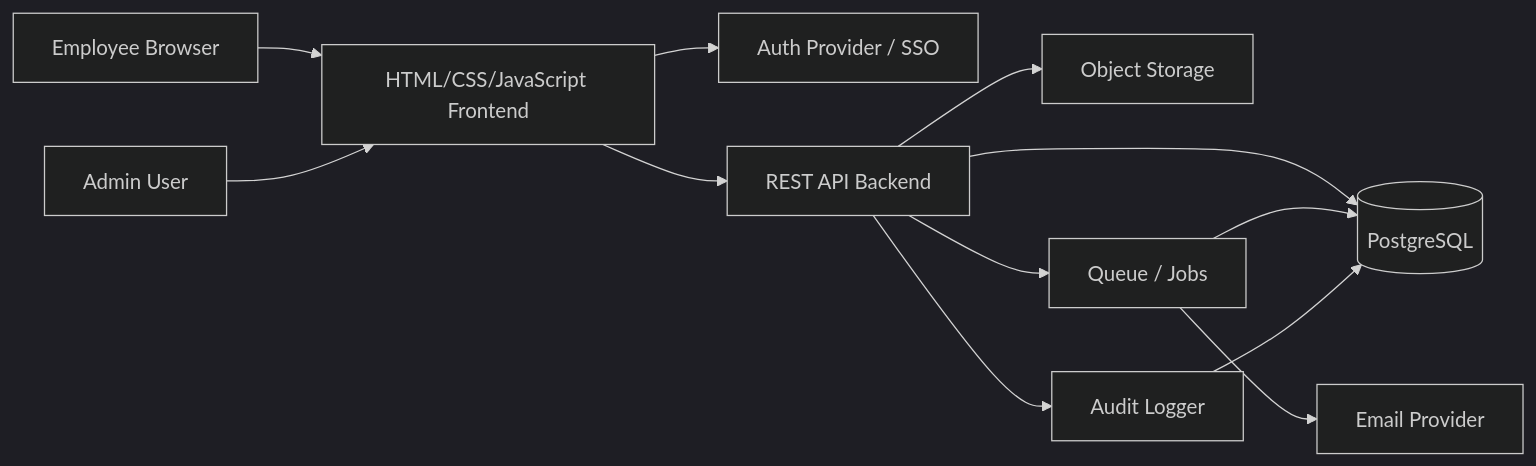
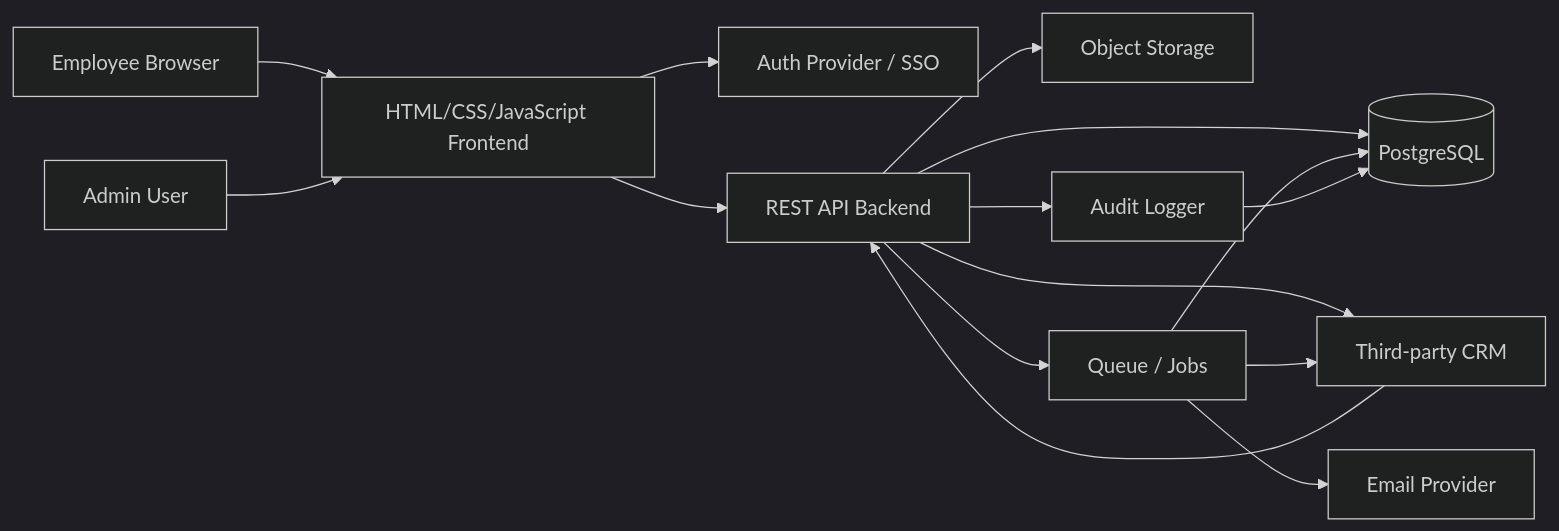
One commit to NBK-1411/kh3-dashboard changed the first of 2 diagrams in docs/03-architecture.md. Above: the diagram before and after it, drawn with Mermaid (dark theme). The commit also changed other lines of this file and 30 other files, not shown here.

````diff
--- a/docs/03-architecture.md
+++ b/docs/03-architecture.md
@@ -24,14 +25,17 @@
 ```mermaid
 flowchart LR
   User["Employee Browser"] --> Web["HTML/CSS/JavaScript Frontend"]
   Web --> Auth["Auth Provider / SSO"]
   Web --> API["REST API Backend"]
   API --> DB[("PostgreSQL")]
   API --> Storage["Object Storage"]
   API --> Queue["Queue / Jobs"]
+  API --> CRM["Third-party CRM"]
+  Queue --> CRM
+  CRM --> API
   Queue --> Email["Email Provider"]
   Queue --> DB
   API --> Audit["Audit Logger"]
   Audit --> DB
   Admin["Admin User"] --> Web
 ```
````
